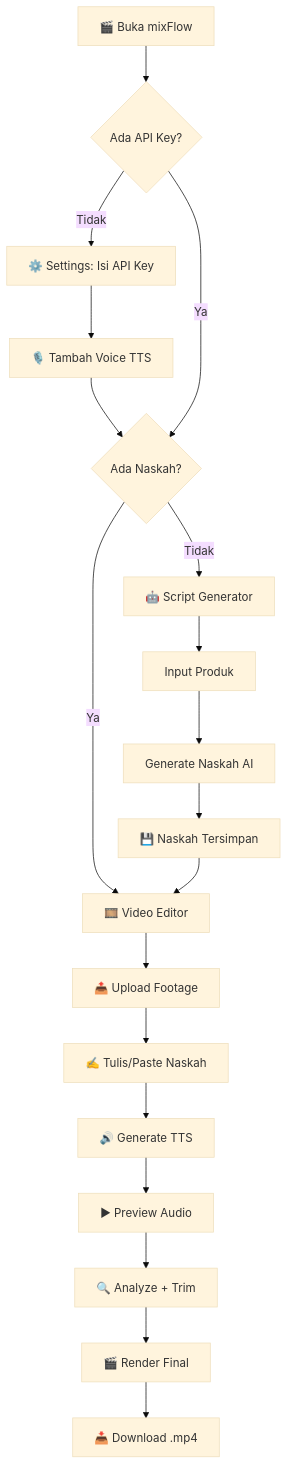
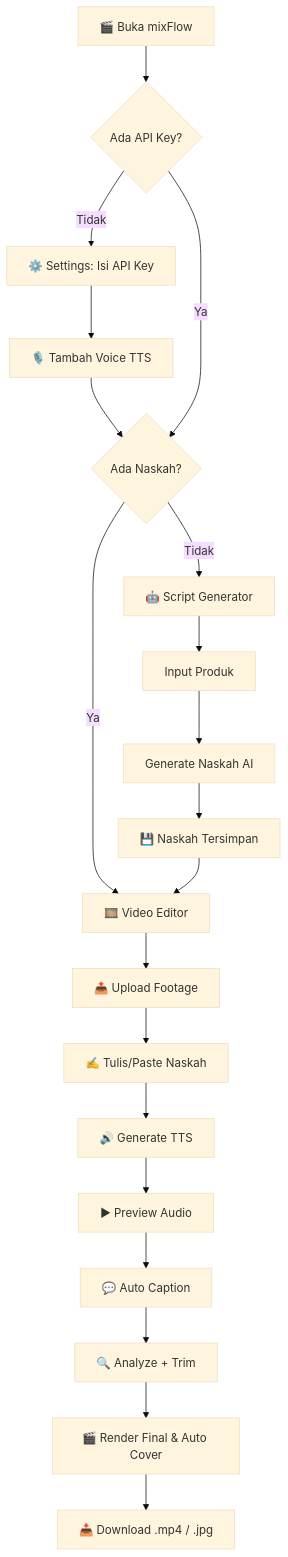
One commit to Muhira007/mixFlow-Studio changed the first of 4 diagrams in README.md. Above: the diagram before and after it, drawn with Mermaid (base theme). The commit also changed other lines of this file and 44 other files, not shown here.

````diff
--- a/README.md
+++ b/README.md
@@ -192,24 +198,25 @@
 ```mermaid
 flowchart TD
     A[🎬 Buka mixFlow] --> B{Ada API Key?}
     B -- Tidak --> S[⚙️ Settings: Isi API Key]
     S --> S2[🎙️ Tambah Voice TTS]
     S2 --> C
 
     B -- Ya --> C{Ada Naskah?}
     C -- Tidak --> G[🤖 Script Generator]
     G --> G1[Input Produk]
     G1 --> G2[Generate Naskah AI]
     G2 --> G3[💾 Naskah Tersimpan]
 
     C -- Ya --> V[🎞️ Video Editor]
     G3 --> V
 
     V --> V1[📤 Upload Footage]
     V1 --> V2[✍️ Tulis/Paste Naskah]
     V2 --> V3[🔊 Generate TTS]
     V3 --> V4[▶ Preview Audio]
-    V4 --> V5[🔍 Analyze + Trim]
-    V5 --> V6[🎬 Render Final]
-    V6 --> D[📥 Download .mp4]
+    V4 --> V4_1[💬 Auto Caption]
+    V4_1 --> V5[🔍 Analyze + Trim]
+    V5 --> V6[🎬 Render Final & Auto Cover]
+    V6 --> D[📥 Download .mp4 / .jpg]
 ```
````
